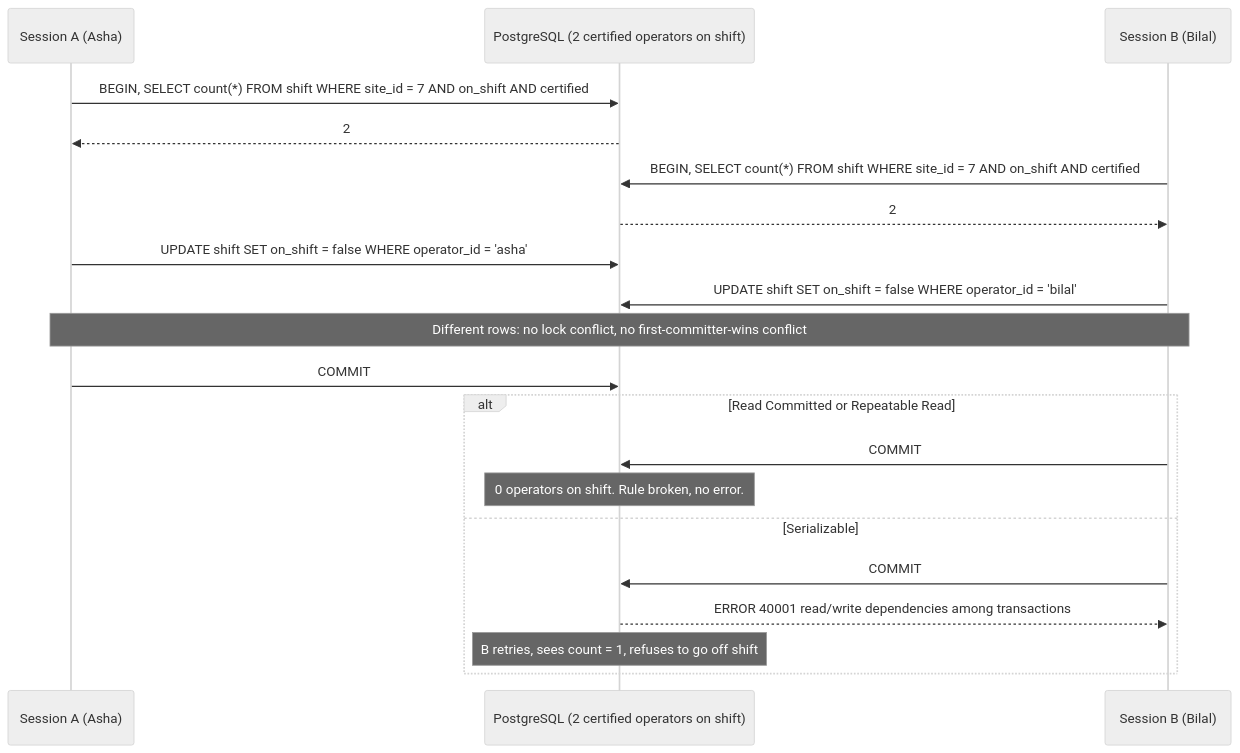
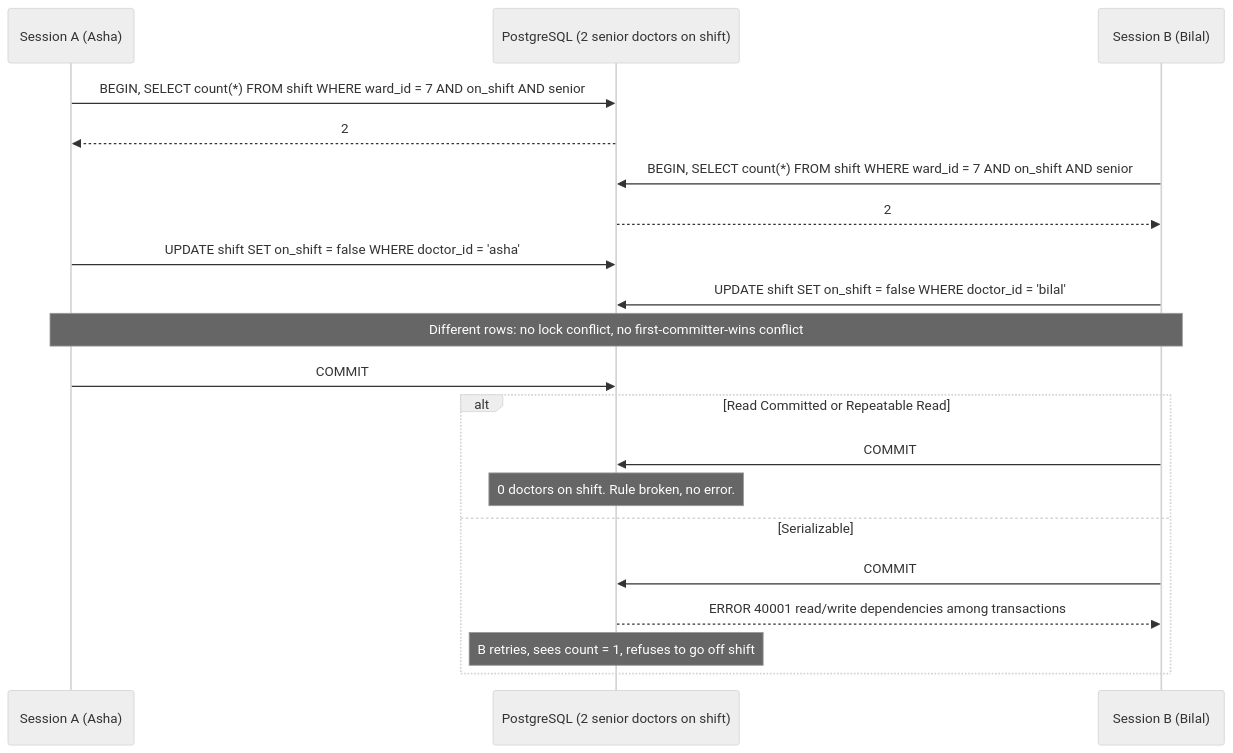
The second of 3 diagrams in content/lessons/m09/m09-isolation-levels.md (rizwi0786/system-design-lab), drawn with Mermaid (neutral theme) before and after one commit. The commit also changed other lines of this file and 334 other files, not shown here.

````diff
--- a/content/lessons/m09/m09-isolation-levels.md
+++ b/content/lessons/m09/m09-isolation-levels.md
@@ -164,22 +164,22 @@
 ```mermaid
 sequenceDiagram
     participant A as Session A (Asha)
-    participant DB as PostgreSQL (2 certified operators on shift)
+    participant DB as PostgreSQL (2 senior doctors on shift)
     participant B as Session B (Bilal)
-    A->>DB: BEGIN, SELECT count(*) FROM shift WHERE site_id = 7 AND on_shift AND certified
+    A->>DB: BEGIN, SELECT count(*) FROM shift WHERE ward_id = 7 AND on_shift AND senior
     DB-->>A: 2
-    B->>DB: BEGIN, SELECT count(*) FROM shift WHERE site_id = 7 AND on_shift AND certified
+    B->>DB: BEGIN, SELECT count(*) FROM shift WHERE ward_id = 7 AND on_shift AND senior
     DB-->>B: 2
-    A->>DB: UPDATE shift SET on_shift = false WHERE operator_id = 'asha'
-    B->>DB: UPDATE shift SET on_shift = false WHERE operator_id = 'bilal'
+    A->>DB: UPDATE shift SET on_shift = false WHERE doctor_id = 'asha'
+    B->>DB: UPDATE shift SET on_shift = false WHERE doctor_id = 'bilal'
     Note over A,B: Different rows: no lock conflict, no first-committer-wins conflict
     A->>DB: COMMIT
     alt Read Committed or Repeatable Read
         B->>DB: COMMIT
-        Note over DB: 0 operators on shift. Rule broken, no error.
+        Note over DB: 0 doctors on shift. Rule broken, no error.
     else Serializable
         B->>DB: COMMIT
         DB-->>B: ERROR 40001 read/write dependencies among transactions
         Note over DB: B retries, sees count = 1, refuses to go off shift
     end
 ```
````
